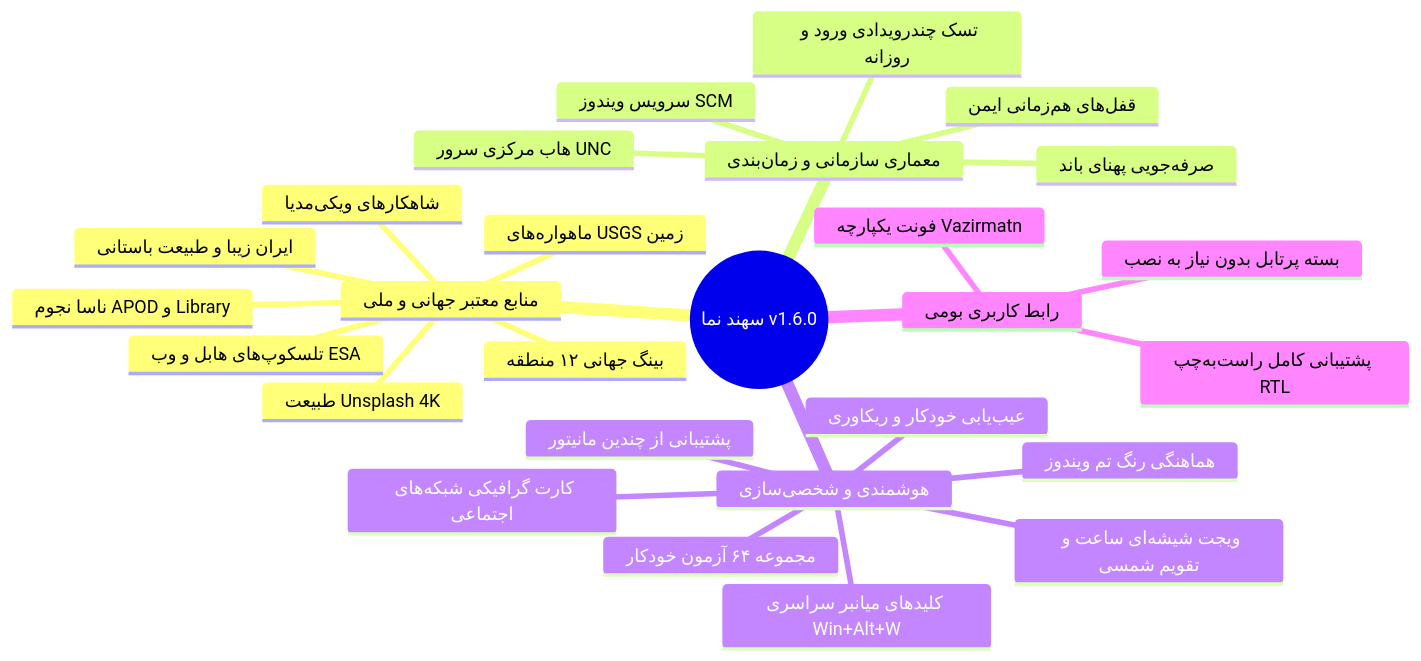
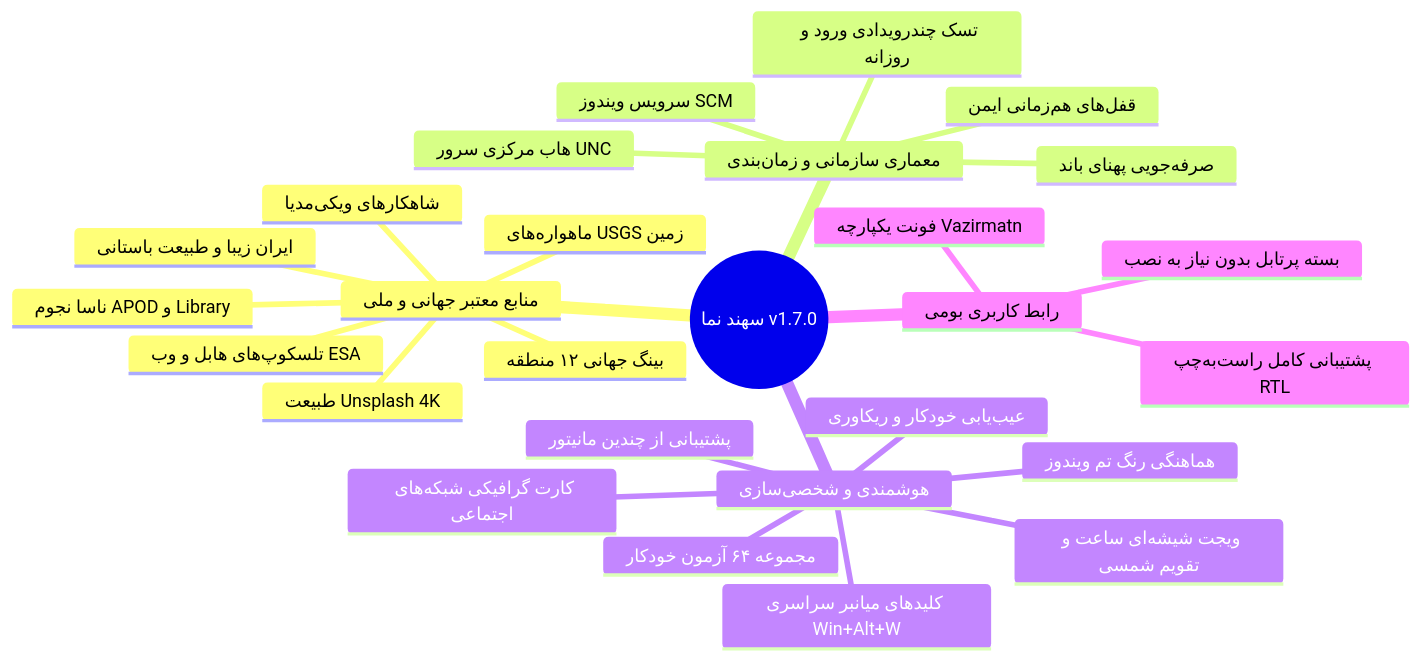
Before and after one commit to taimazus/SetWinWallpaper: the diagram in docs/wiki/Home.md, drawn with Mermaid. The commit also changed other lines of this file and 6 other files, not shown here.

````diff
--- a/docs/wiki/Home.md
+++ b/docs/wiki/Home.md
@@ -22,30 +22,30 @@
 ```mermaid
 mindmap
-  root((سهند نما v1.6.0))
+  root((سهند نما v1.7.0))
     منابع معتبر جهانی و ملی
       بینگ جهانی ۱۲ منطقه
       ایران زیبا و طبیعت باستانی
       ناسا نجوم APOD و Library
       تلسکوپ‌های هابل و وب ESA
       طبیعت Unsplash 4K
       شاهکارهای ویکی‌مدیا
       ماهواره‌های USGS زمین
     معماری سازمانی و زمان‌بندی
       هاب مرکزی سرور UNC
       سرویس ویندوز SCM
       تسک چندرویدادی ورود و روزانه
       قفل‌های هم‌زمانی ایمن
       صرفه‌جویی پهنای باند
     هوشمندی و شخصی‌سازی
       ویجت شیشه‌ای ساعت و تقویم شمسی
       کلیدهای میانبر سراسری Win+Alt+W
       هماهنگی رنگ تم ویندوز
       کارت گرافیکی شبکه‌های اجتماعی
       پشتیبانی از چندین مانیتور
       عیب‌یابی خودکار و ریکاوری
       مجموعه ۶۴ آزمون خودکار
     رابط کاربری بومی
       پشتیبانی کامل راست‌به‌چپ RTL
       فونت یکپارچه Vazirmatn
       بسته پرتابل بدون نیاز به نصب
 ```
````
